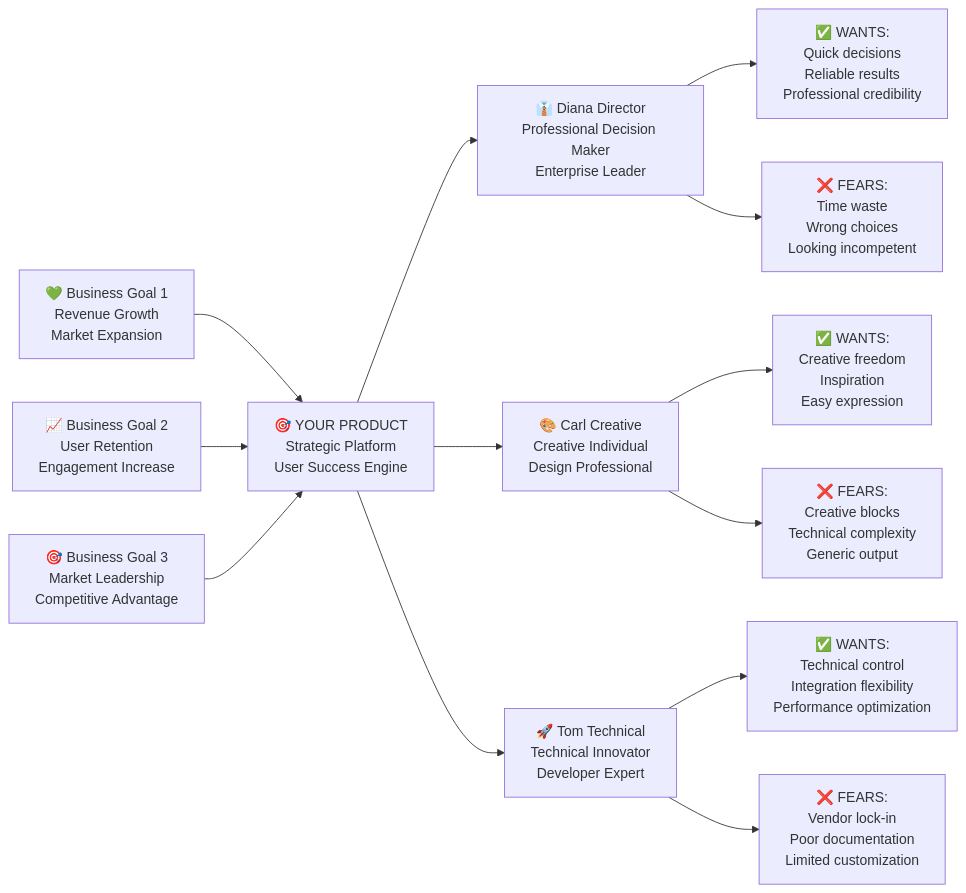
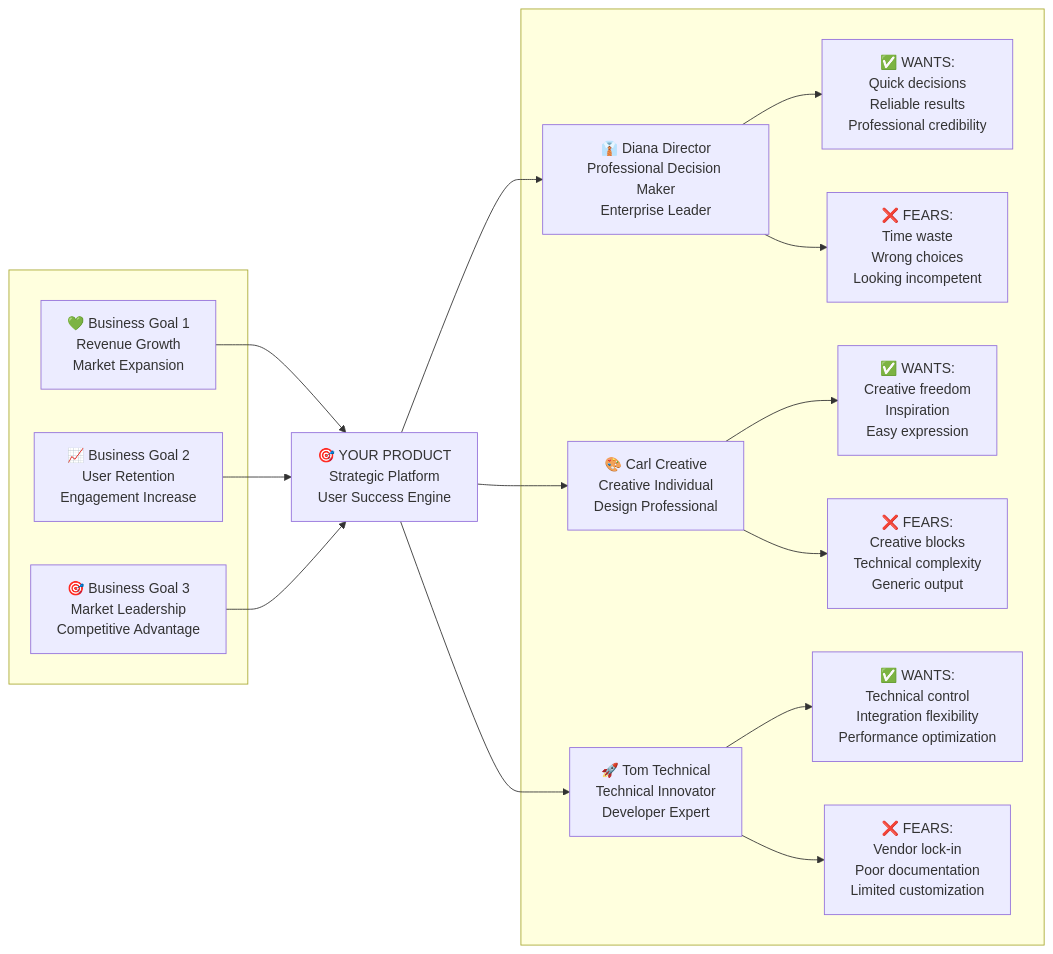
One commit to whiteport-collective/whiteport-sketch-to-code-bmad-expansion changed the diagram in Method/02-Trigger-Map-Creation.md. Above: the diagram before and after it, drawn with Mermaid. The commit also changed 1 other file, not shown here.

Commit message:
Documentation adjustments

````diff
--- a/Method/02-Trigger-Map-Creation.md
+++ b/Method/02-Trigger-Map-Creation.md
@@ -179,39 +179,44 @@
 ```mermaid
 flowchart LR
-    %% Business Goals (Left)
-    B1["💚 Business Goal 1<br/>Revenue Growth<br/>Market Expansion"]
-    B2["📈 Business Goal 2<br/>User Retention<br/>Engagement Increase"]
-    B3["🎯 Business Goal 3<br/>Market Leadership<br/>Competitive Advantage"]
+    %% Business Goals (Left Side)
+    subgraph BG[" "]
+        B1["💚 Business Goal 1<br/>Revenue Growth<br/>Market Expansion"]
+        B2["📈 Business Goal 2<br/>User Retention<br/>Engagement Increase"] 
+        B3["🎯 Business Goal 3<br/>Market Leadership<br/>Competitive Advantage"]
+    end
     
     %% Central Platform (Middle)
     A["🎯 YOUR PRODUCT<br/>Strategic Platform<br/>User Success Engine"]
     
-    %% Target Groups (Right)
-    U1["👔 Diana Director<br/>Professional Decision Maker<br/>Enterprise Leader"]
-    U2["🎨 Carl Creative<br/>Creative Individual<br/>Design Professional"]
-    U3["🚀 Tom Technical<br/>Technical Innovator<br/>Developer Expert"]
-    
-    %% Usage Goals - Driving Forces
-    U1P["✅ WANTS:<br/>Quick decisions<br/>Reliable results<br/>Professional credibility"]
-    U1N["❌ FEARS:<br/>Time waste<br/>Wrong choices<br/>Looking incompetent"]
-    
-    U2P["✅ WANTS:<br/>Creative freedom<br/>Inspiration<br/>Easy expression"]
-    U2N["❌ FEARS:<br/>Creative blocks<br/>Technical complexity<br/>Generic output"]
-    
-    U3P["✅ WANTS:<br/>Technical control<br/>Integration flexibility<br/>Performance optimization"]
-    U3N["❌ FEARS:<br/>Vendor lock-in<br/>Poor documentation<br/>Limited customization"]
+    %% Target Groups & Usage Goals (Right Side)
+    subgraph TG[" "]
+        U1["👔 Diana Director<br/>Professional Decision Maker<br/>Enterprise Leader"]
+        U2["🎨 Carl Creative<br/>Creative Individual<br/>Design Professional"]
+        U3["🚀 Tom Technical<br/>Technical Innovator<br/>Developer Expert"]
+        
+        U1P["✅ WANTS:<br/>Quick decisions<br/>Reliable results<br/>Professional credibility"]
+        U1N["❌ FEARS:<br/>Time waste<br/>Wrong choices<br/>Looking incompetent"]
+        
+        U2P["✅ WANTS:<br/>Creative freedom<br/>Inspiration<br/>Easy expression"]
+        U2N["❌ FEARS:<br/>Creative blocks<br/>Technical complexity<br/>Generic output"]
+        
+        U3P["✅ WANTS:<br/>Technical control<br/>Integration flexibility<br/>Performance optimization"]
+        U3N["❌ FEARS:<br/>Vendor lock-in<br/>Poor documentation<br/>Limited customization"]
+    end
 
-    %% Connections
+    %% Connections: Business Goals → Platform → Target Groups → Usage Goals
     B1 --> A
     B2 --> A
     B3 --> A
+    
     A --> U1
     A --> U2
     A --> U3
+    
     U1 --> U1P
     U1 --> U1N
     U2 --> U2P
     U2 --> U2N
     U3 --> U3P
     U3 --> U3N
 ```
````
